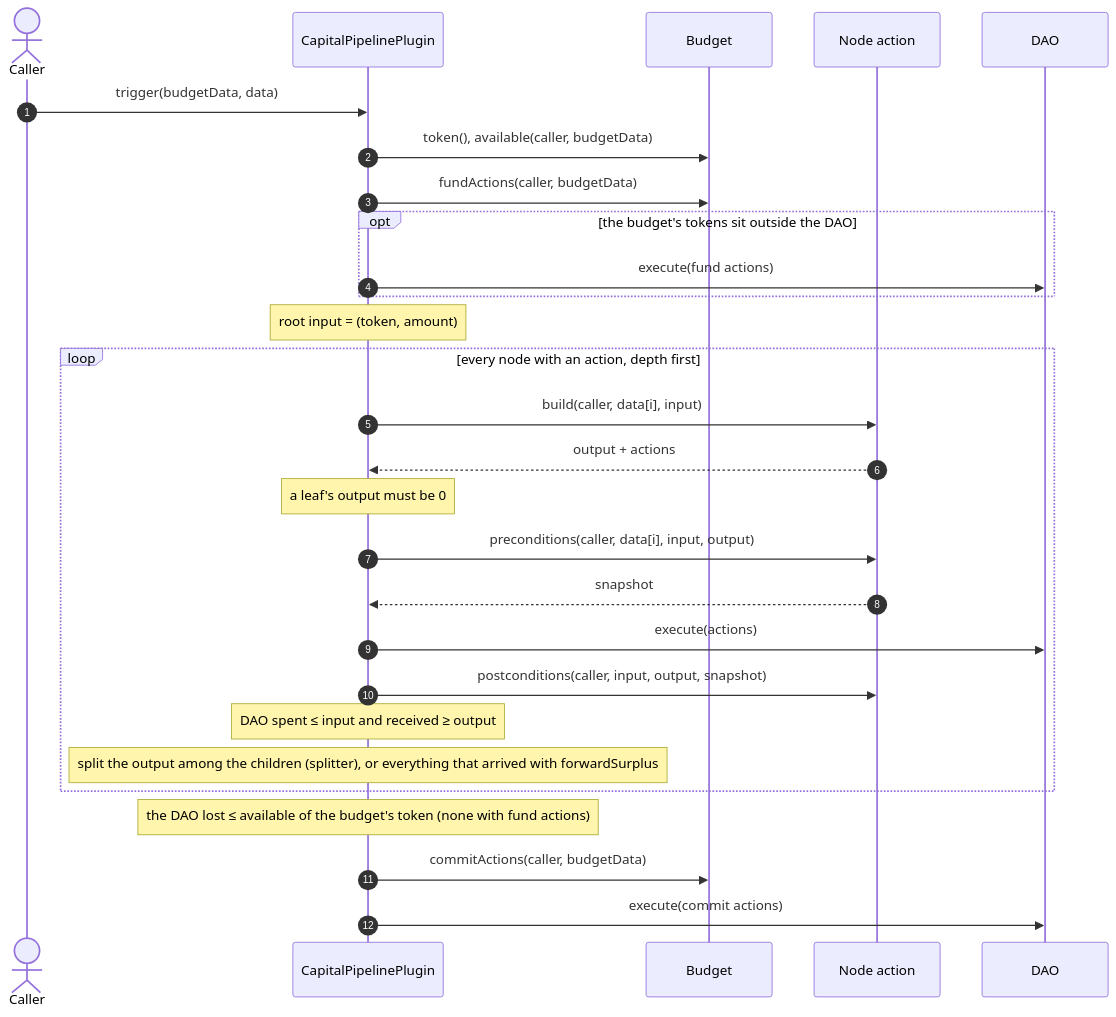
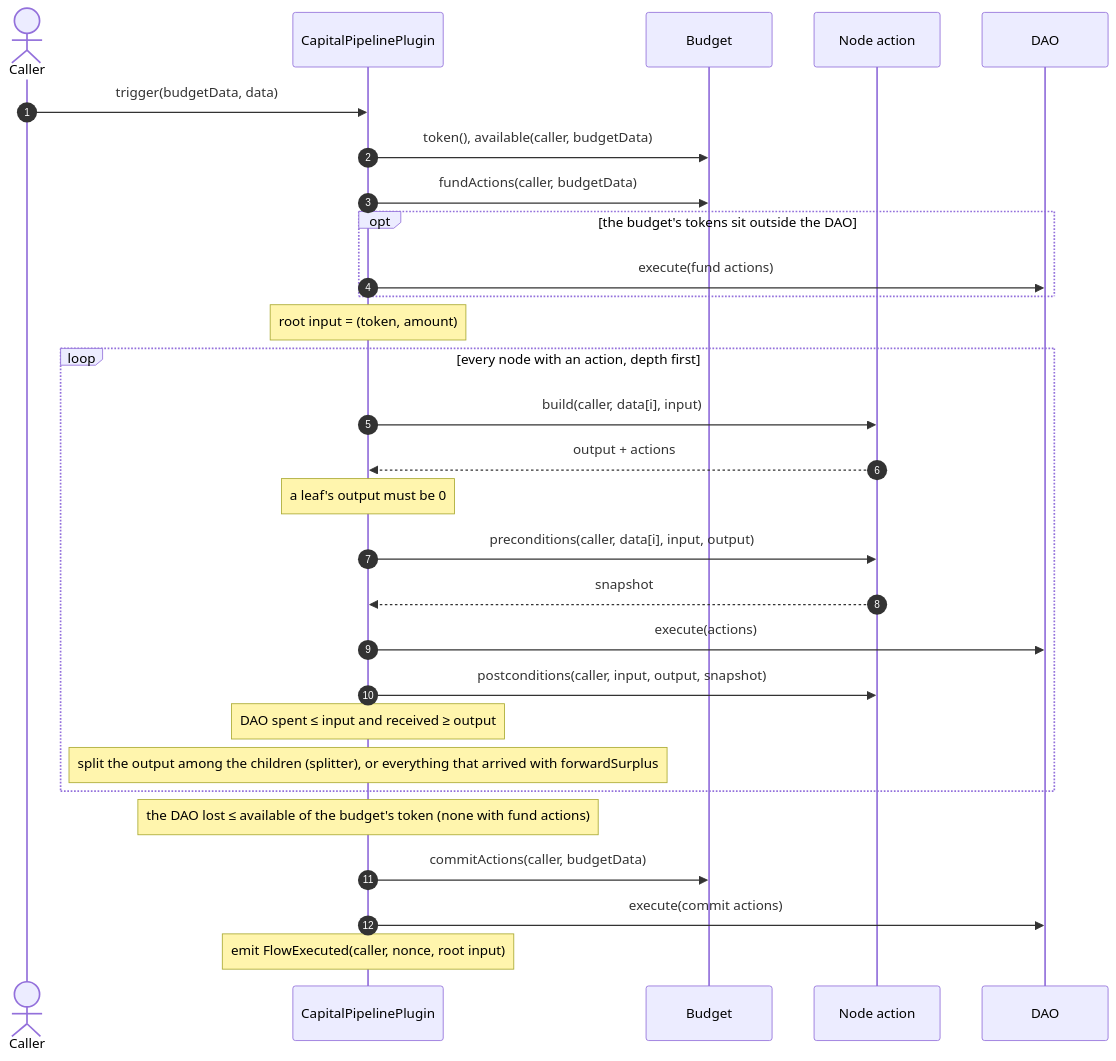
The second of 10 diagrams in README.md (antfarm-official/tree-capital), drawn with Mermaid before and after one commit. The commit also changed other lines of this file and 5 other files, not shown here.

````diff
--- a/README.md
+++ b/README.md
@@ -58,31 +60,32 @@
 ```mermaid
 sequenceDiagram
     autonumber
     actor Caller
     participant Plugin as CapitalPipelinePlugin
     participant Budget
     participant Action as Node action
     participant DAO
 
     Caller->>Plugin: trigger(budgetData, data)
     Plugin->>Budget: token(), available(caller, budgetData)
     Plugin->>Budget: fundActions(caller, budgetData)
     opt the budget's tokens sit outside the DAO
         Plugin->>DAO: execute(fund actions)
     end
     Note over Plugin: root input = (token, amount)
     loop every node with an action, depth first
         Plugin->>Action: build(caller, data[i], input)
         Action-->>Plugin: output + actions
         Note over Plugin: a leaf's output must be 0
         Plugin->>Action: preconditions(caller, data[i], input, output)
         Action-->>Plugin: snapshot
         Plugin->>DAO: execute(actions)
         Plugin->>Action: postconditions(caller, input, output, snapshot)
         Note over Plugin: DAO spent ≤ input and received ≥ output
         Note over Plugin: split the output among the children (splitter), or everything that arrived with forwardSurplus
     end
     Note over Plugin: the DAO lost ≤ available of the budget's token (none with fund actions)
     Plugin->>Budget: commitActions(caller, budgetData)
     Plugin->>DAO: execute(commit actions)
+    Note over Plugin: emit FlowExecuted(caller, nonce, root input)
 ```
````
